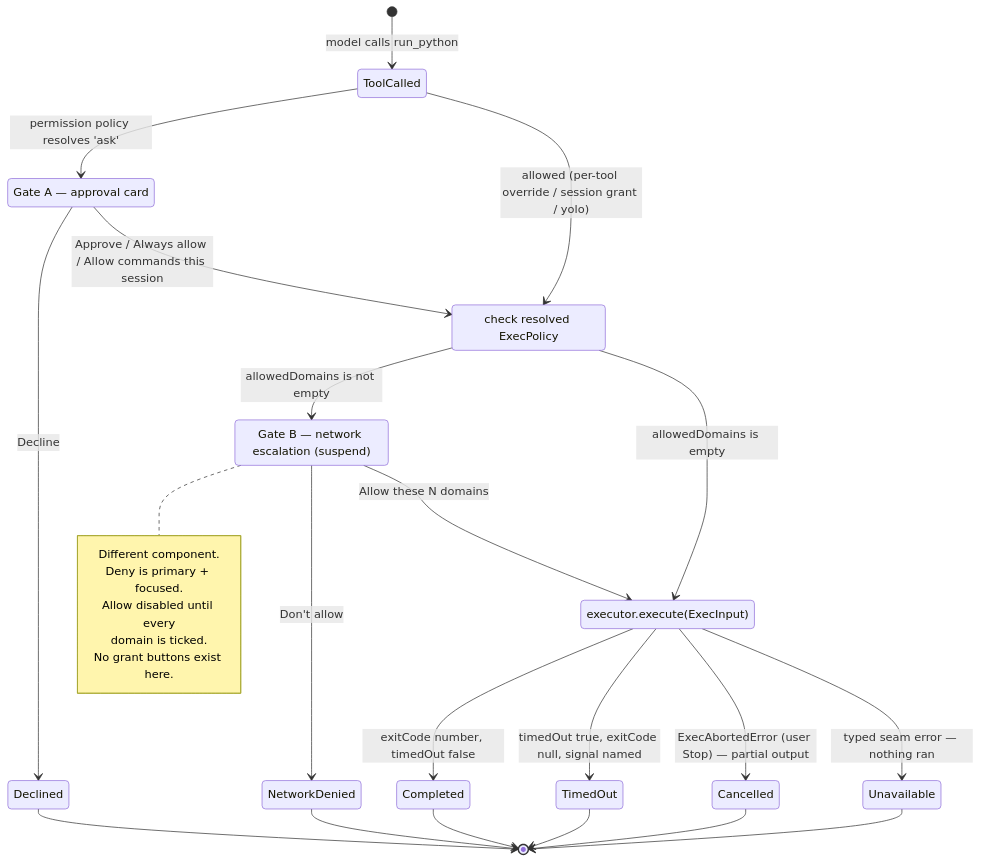
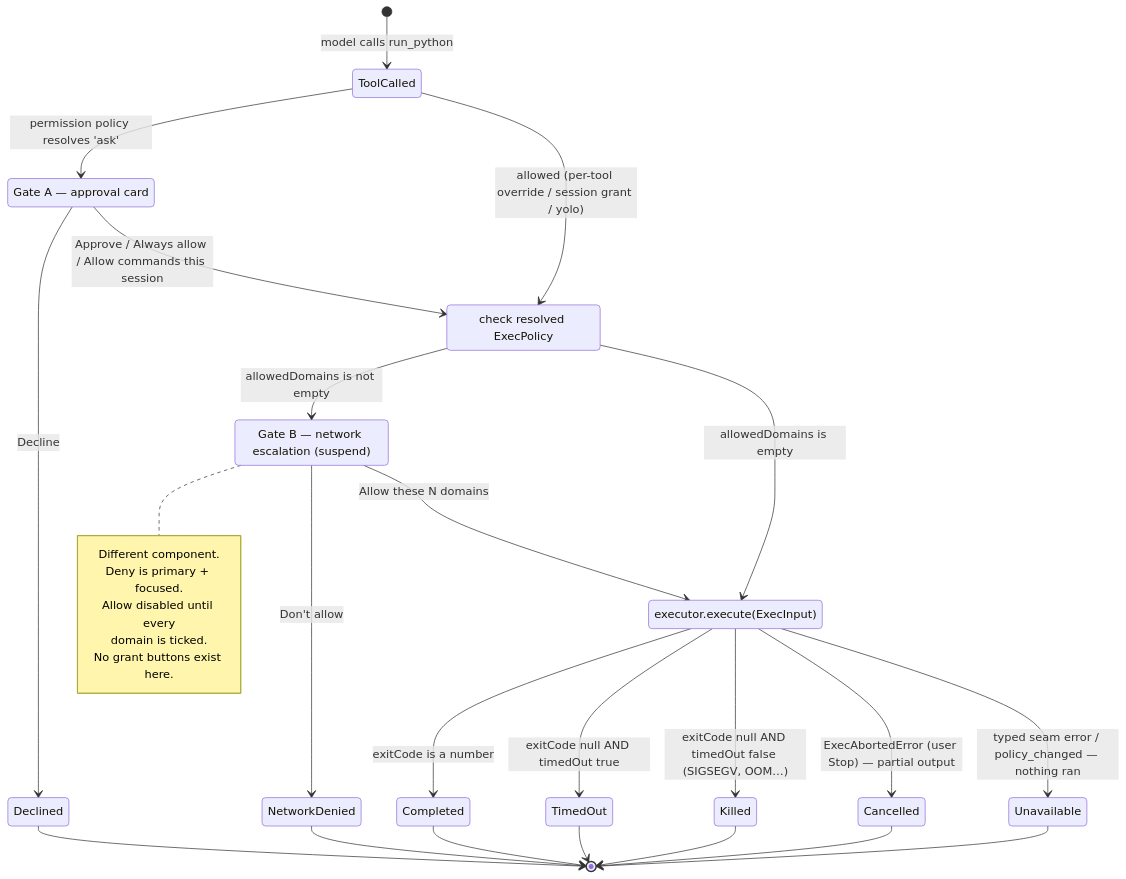
One commit to seandearnaley/brainstrike changed the diagram in docs/run-python-approval-ux-design-2026-08-01.md. Above: the diagram before and after it, drawn with Mermaid. The commit also changed other lines of this file, not shown here.

First line of the commit message:
docs: address BST-1070 review — suspend control flow, killed state, context transport

````diff
--- a/docs/run-python-approval-ux-design-2026-08-01.md
+++ b/docs/run-python-approval-ux-design-2026-08-01.md
@@ -755,39 +939,41 @@
 ```mermaid
 stateDiagram-v2
     [*] --> ToolCalled: model calls run_python
 
     ToolCalled --> GateA: permission policy resolves 'ask'
     ToolCalled --> Executing: allowed (per-tool override / session grant / yolo)
 
     state "Gate A — approval card" as GateA
     GateA --> Declined: Decline
     GateA --> Executing: Approve / Always allow / Allow commands this session
 
     state "check resolved ExecPolicy" as Executing
     Executing --> GateB: allowedDomains is not empty
     Executing --> Running: allowedDomains is empty
 
     state "Gate B — network escalation (suspend)" as GateB
     note right of GateB
         Different component.
         Deny is primary + focused.
         Allow disabled until every
         domain is ticked.
         No grant buttons exist here.
     end note
     GateB --> NetworkDenied: Don't allow
     GateB --> Running: Allow these N domains
 
     state "executor.execute(ExecInput)" as Running
-    Running --> Completed: exitCode number, timedOut false
-    Running --> TimedOut: timedOut true, exitCode null, signal named
+    Running --> Completed: exitCode is a number
+    Running --> TimedOut: exitCode null AND timedOut true
+    Running --> Killed: exitCode null AND timedOut false (SIGSEGV, OOM…)
     Running --> Cancelled: ExecAbortedError (user Stop) — partial output
-    Running --> Unavailable: typed seam error — nothing ran
+    Running --> Unavailable: typed seam error / policy_changed — nothing ran
 
     Completed --> [*]
     TimedOut --> [*]
+    Killed --> [*]
     Cancelled --> [*]
     Unavailable --> [*]
     NetworkDenied --> [*]
     Declined --> [*]
 ```
````
